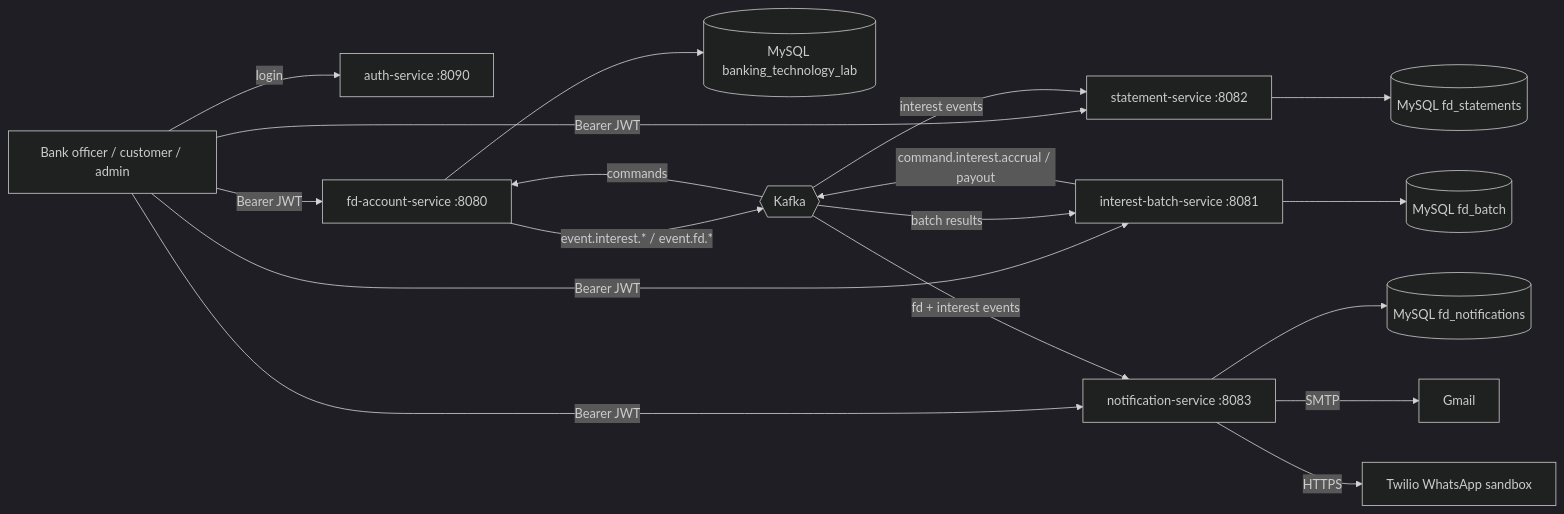
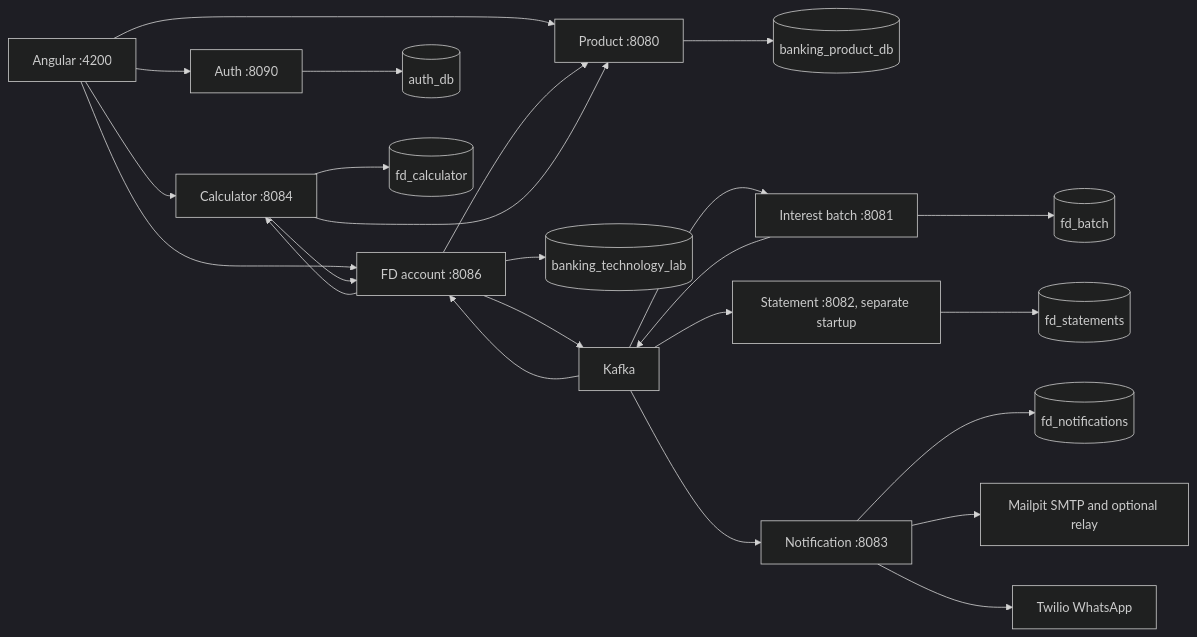
The diagram in FD_Module_Group9/docs/ARCHITECTURE_AND_DEPLOYMENT.md (IhitplayzYT/BT_lab), drawn with Mermaid (dark theme) before and after one commit. The commit also changed other lines of this file and 628 other files, not shown here.

````diff
--- a/FD_Module_Group9/docs/ARCHITECTURE_AND_DEPLOYMENT.md
+++ b/FD_Module_Group9/docs/ARCHITECTURE_AND_DEPLOYMENT.md
@@ -9,20 +7,26 @@
 ```mermaid
 flowchart LR
-  user[Bank officer / customer / admin] -->|login| auth[auth-service :8090]
-  user -->|Bearer JWT| fd[fd-account-service :8080]
-  user -->|Bearer JWT| batch[interest-batch-service :8081]
-  user -->|Bearer JWT| stmt[statement-service :8082]
-  user -->|Bearer JWT| notif[notification-service :8083]
-  fd --> fddb[(MySQL banking_technology_lab)]
-  batch --> batchdb[(MySQL fd_batch)]
-  stmt --> stmtdb[(MySQL fd_statements)]
-  notif --> notifdb[(MySQL fd_notifications)]
-  batch -- command.interest.accrual / payout --> kafka{{Kafka}}
-  kafka -- commands --> fd
-  fd -- event.interest.* / event.fd.* --> kafka
-  kafka -- interest events --> stmt
-  kafka -- fd + interest events --> notif
-  kafka -- batch results --> batch
-  notif -->|SMTP| mail[Gmail]
-  notif -->|HTTPS| wa[Twilio WhatsApp sandbox]
+  ui[Angular :4200] --> auth[Auth :8090]
+  ui --> product[Product :8080]
+  ui --> calc[Calculator :8084]
+  ui --> fd[FD account :8086]
+  fd --> product
+  fd --> calc
+  calc --> product
+  calc --> fd
+  fd --> fddb[(banking_technology_lab)]
+  auth --> authdb[(auth_db)]
+  product --> productdb[(banking_product_db)]
+  calc --> calcdb[(fd_calculator)]
+  batch[Interest batch :8081] --> kafka[Kafka]
+  kafka --> fd
+  fd --> kafka
+  kafka --> batch
+  kafka --> stmt[Statement :8082, separate startup]
+  kafka --> notify[Notification :8083]
+  batch --> batchdb[(fd_batch)]
+  stmt --> stmtdb[(fd_statements)]
+  notify --> notifydb[(fd_notifications)]
+  notify --> mail[Mailpit SMTP and optional relay]
+  notify --> wa[Twilio WhatsApp]
 ```
````
